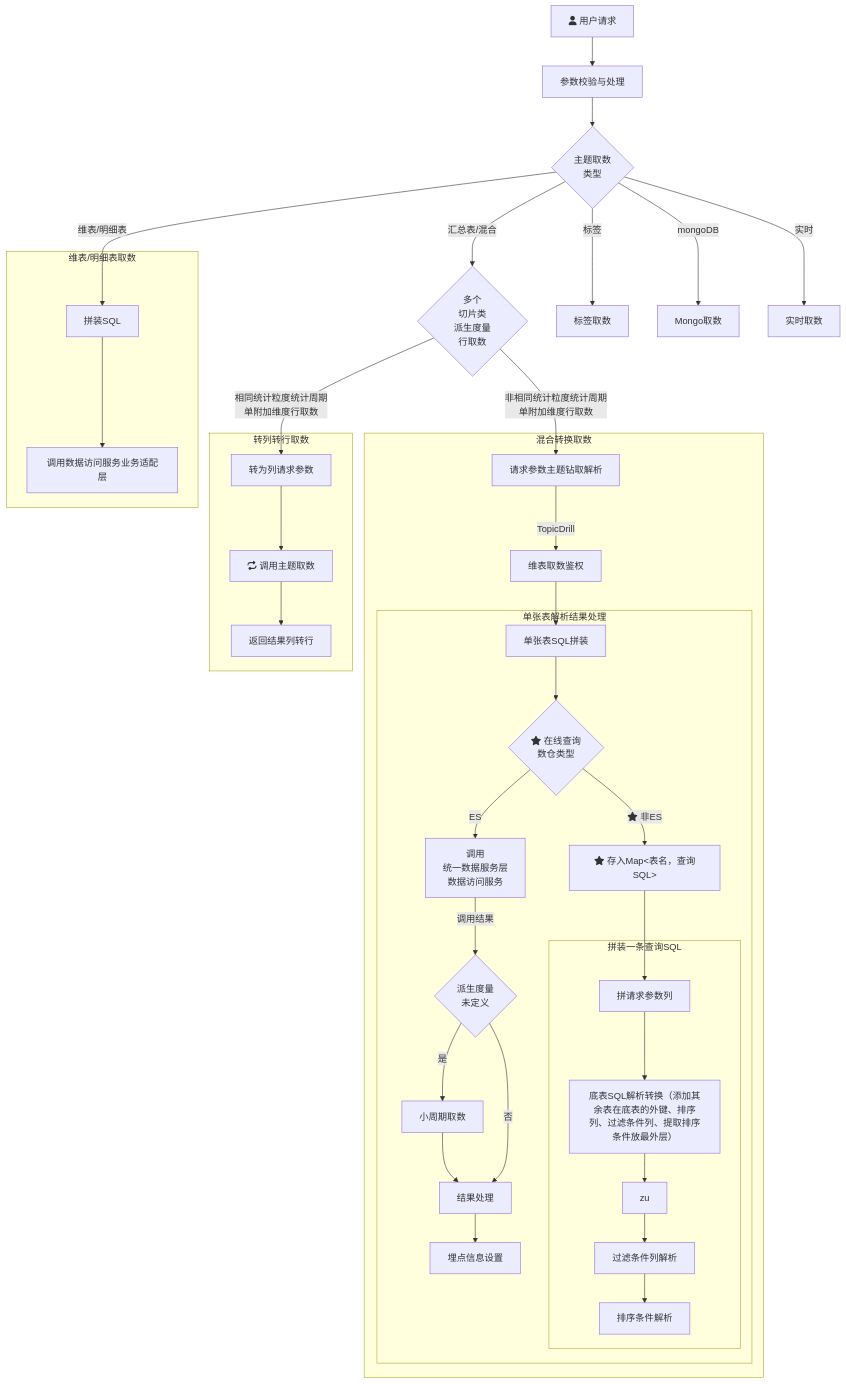
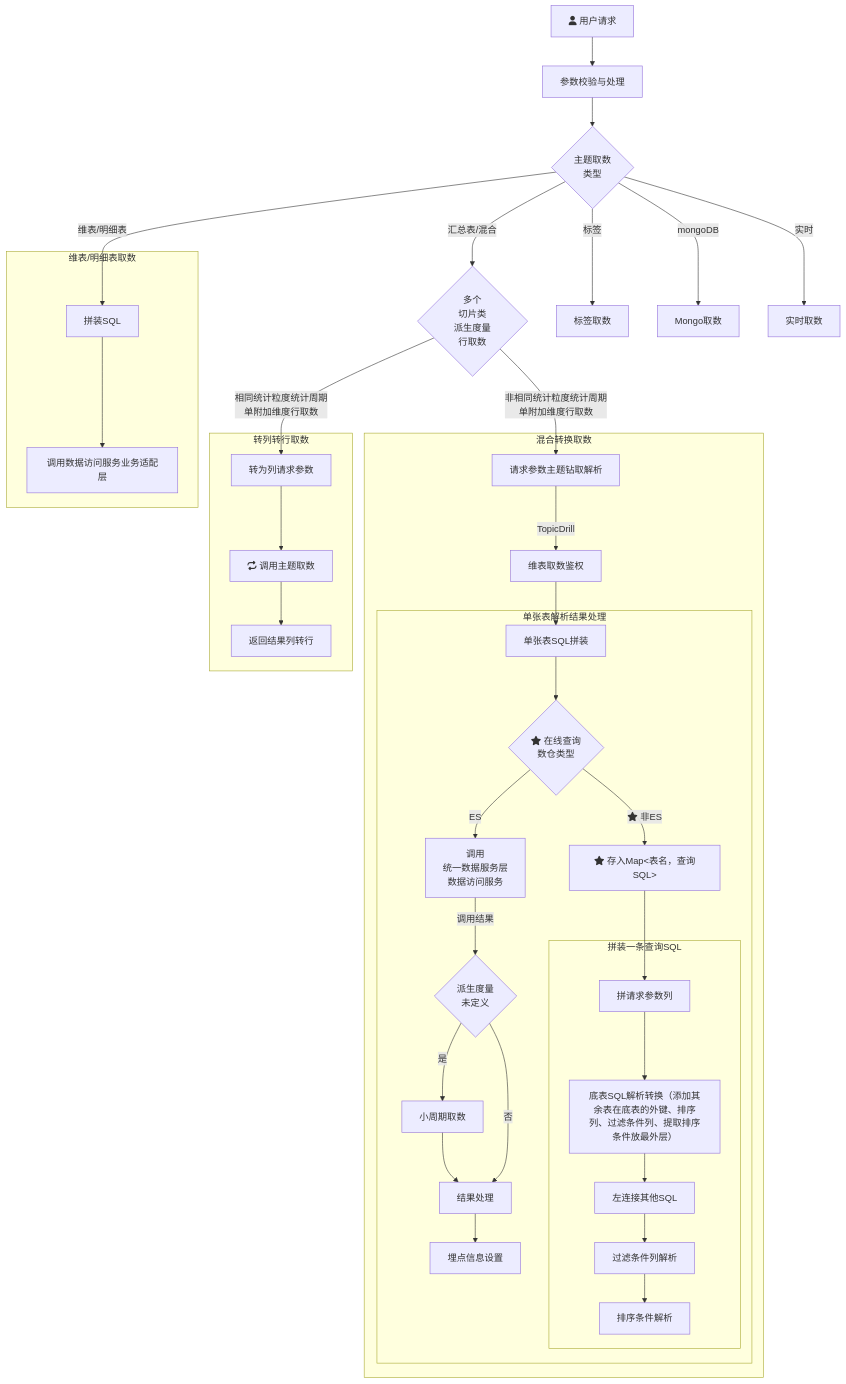
One commit to yanglosm/iodraw-files changed the diagram in all/未命名.md. Above: the diagram before and after it, drawn with Mermaid.

Commit message:
2024-11-29 19:39:13 update

````diff
--- a/all/未命名.md
+++ b/all/未命名.md
@@ -1,30 +1,30 @@
 ```mermaid
 flowchart TD
     A[fa:fa-user 用户请求] -->A1[参数校验与处理] --> B{主题取数\n类型}
     B -->|维表/明细表| D[拼装SQL]
     B -->|汇总表/混合| E{多个\n切片类\n派生度量\n行取数}
     B -->|标签| F[标签取数]
     B -->|mongoDB| G[Mongo取数]
     B -->|实时| H[实时取数]
     E -->|相同统计粒度统计周期\n单附加维度行取数| E1[转为列请求参数]
     E -->|非相同统计粒度统计周期\n单附加维度行取数| T1[请求参数主题钻取解析]
     subgraph 维表/明细表取数
     D-->D1[调用数据访问服务业务适配层]
     end
     subgraph 转列转行取数
     E1-->E11[fa:fa-repeat 调用主题取数]-->E12[返回结果列转行]
     end
     subgraph 混合转换取数
     T1-->|TopicDrill| T2[维表取数鉴权] --> T31[单张表SQL拼装]
         subgraph 单张表解析结果处理
         T31 --> T4{fa:fa-star 在线查询\n数仓类型}-->|ES|T32[调用\n统一数据服务层\n数据访问服务] --> |调用结果|T33{派生度量\n未定义}
         T33 --> |是|T33_1[小周期取数]-->T34[结果处理]-->T35[埋点信息设置]
         T33 --> |否|T34
         T4 --> |fa:fa-star 非ES|T41["fa:fa-star 存入Map<表名，查询SQL>"]
         T41 --> T42[拼请求参数列]
             subgraph 拼装一条查询SQL
-            T42 --> M1[底表SQL解析转换（添加其余表在底表的外键、排序列、过滤条件列、提取排序条件放最外层）] --> M2[zu] --> 过滤条件列解析 --> 排序条件解析
+            T42 --> M1[底表SQL解析转换（添加其余表在底表的外键、排序列、过滤条件列、提取排序条件放最外层）] --> M2[左连接其他SQL] --> 过滤条件列解析 --> 排序条件解析
             end
         end
     end
 ```
````
